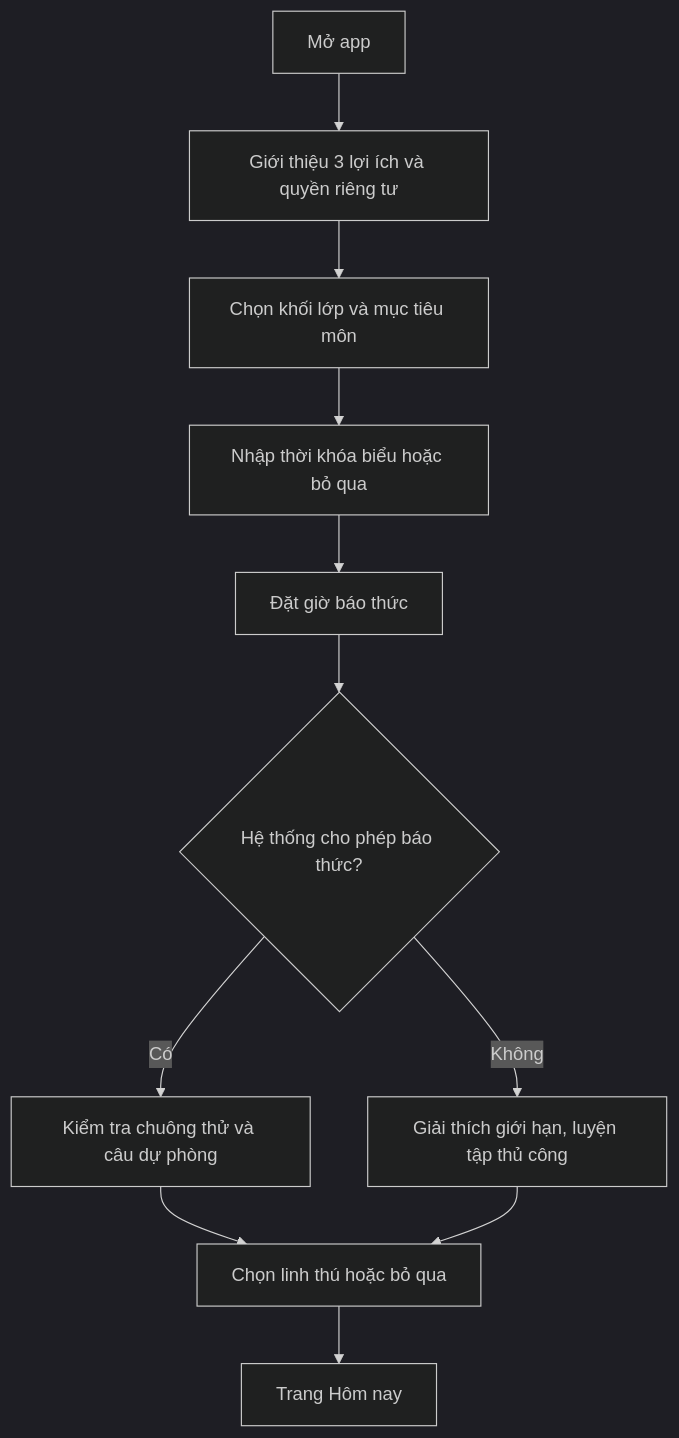
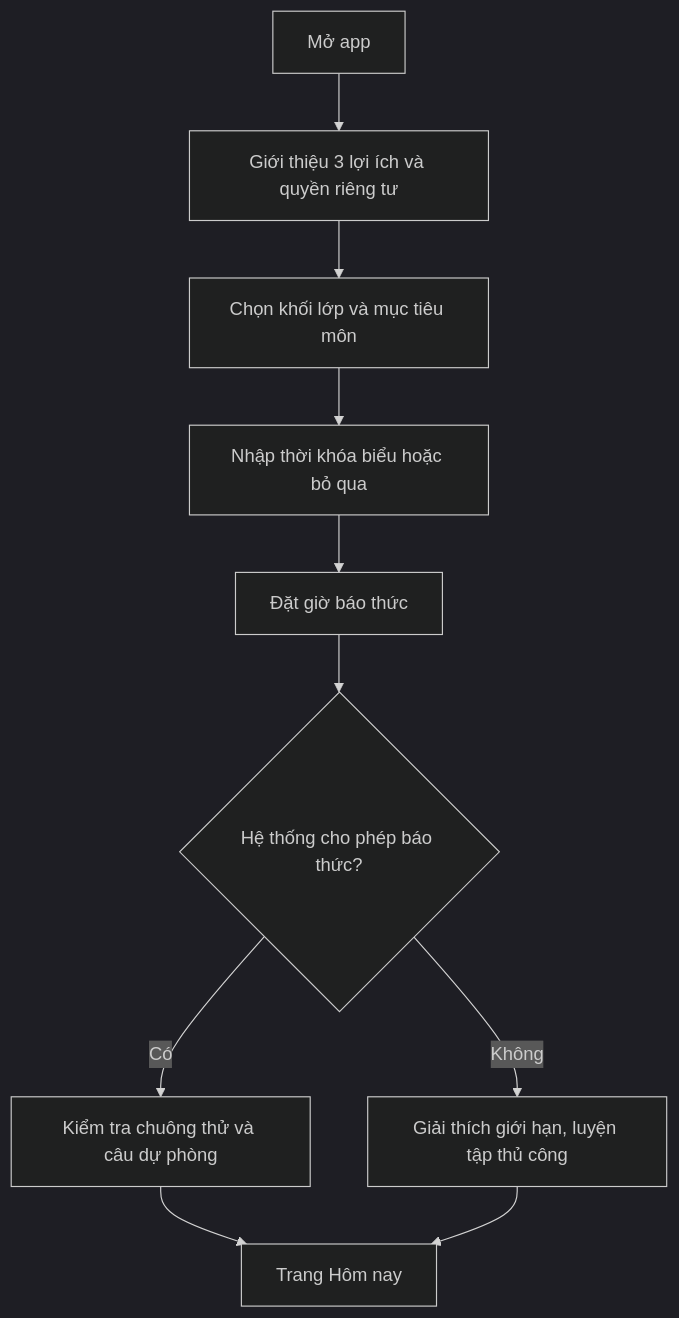
One commit to Wothing0406/MindClock changed the first of 2 diagrams in docs/23-hanh-trinh-san-pham.md. Above: the diagram before and after it, drawn with Mermaid (dark theme). The commit also changed other lines of this file and 48 other files, not shown here.

````diff
--- a/docs/23-hanh-trinh-san-pham.md
+++ b/docs/23-hanh-trinh-san-pham.md
@@ -9,13 +11,12 @@
 ```mermaid
 flowchart TD
   A[Mở app] --> B[Giới thiệu 3 lợi ích và quyền riêng tư]
   B --> C[Chọn khối lớp và mục tiêu môn]
   C --> D[Nhập thời khóa biểu hoặc bỏ qua]
   D --> E[Đặt giờ báo thức]
   E --> F{Hệ thống cho phép báo thức?}
   F -->|Có| G[Kiểm tra chuông thử và câu dự phòng]
   F -->|Không| H[Giải thích giới hạn, luyện tập thủ công]
-  G --> I[Chọn linh thú hoặc bỏ qua]
-  H --> I
-  I --> J[Trang Hôm nay]
+  G --> J[Trang Hôm nay]
+  H --> J
 ```
````
